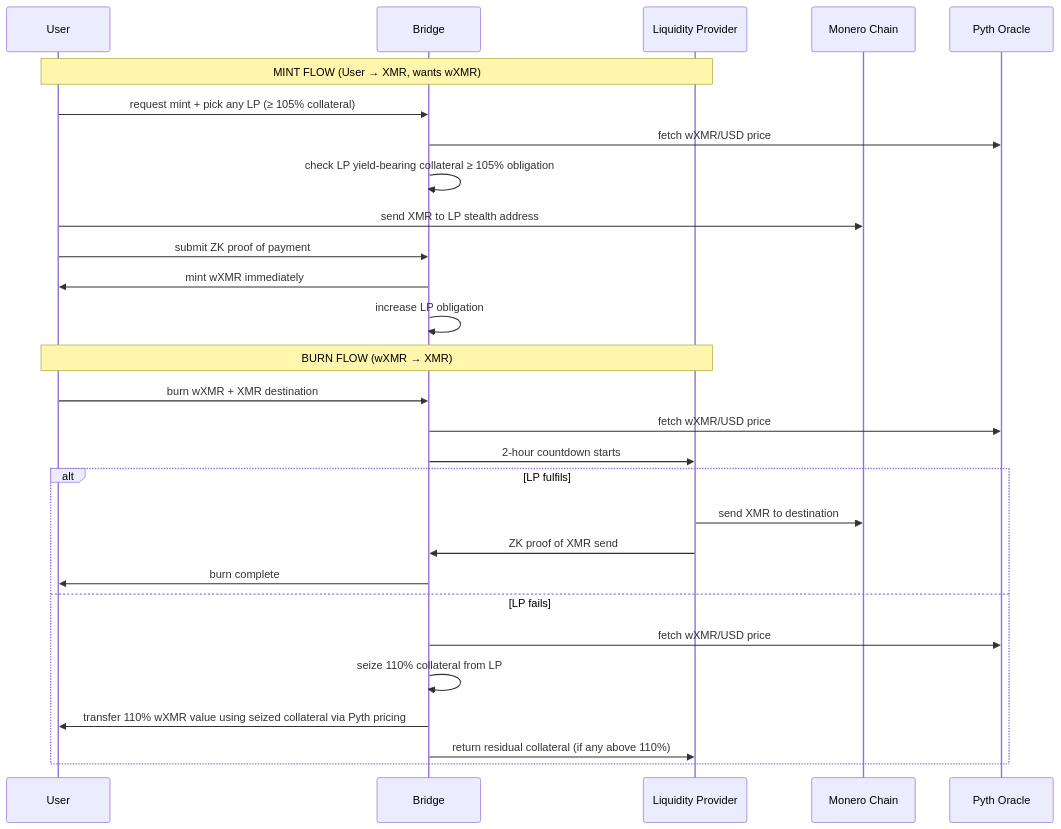
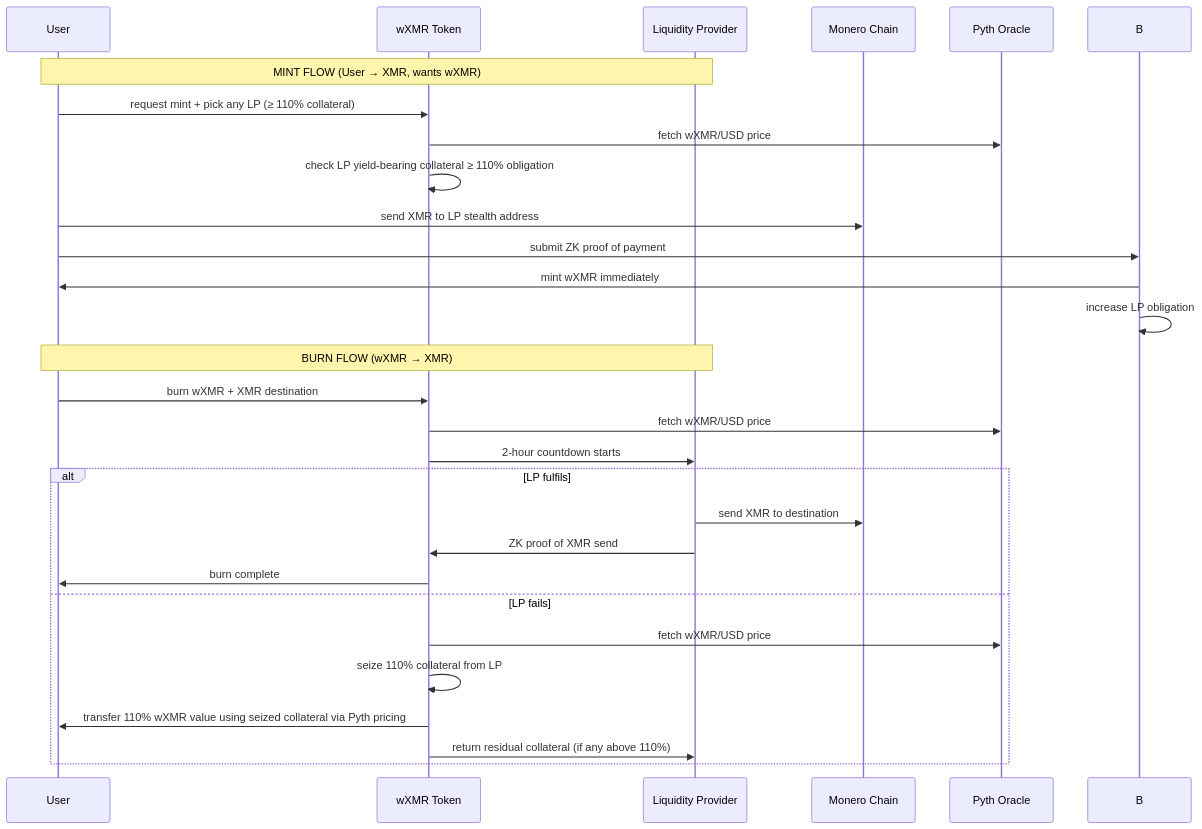
The diagram in SYNTHWRAP.md (madschristensen99/fungerbil), drawn with Mermaid before and after one commit. The commit also changed other lines of this file, not shown here.

Commit message:
Update v1 launch sequence and governance model
- Launch sequence now starts with zero wXMR supply
- Deployer sets yield-bearing asset whitelist (USX, native tokens)
- Replaced 'Bridge' terminology with 'wXMR Token' throughout
- Updated governance to only vote on reward percentages and Monero node addresses
- Any LP can become LP by posting 110% collateral in whitelisted assets
- Position takeover mechanism for undercollateralized positions

🤖 Generated with Claude Code

````diff
--- a/SYNTHWRAP.md
+++ b/SYNTHWRAP.md
@@ -62,32 +61,32 @@
 ```mermaid
 sequenceDiagram
   participant U as User
-  participant B as Bridge
-  participant L as Liquidity Provider
+  participant W as wXMR Token
+  participant L as Liquidity Provider  
   participant X as Monero Chain
   participant P as Pyth Oracle
 
   Note over U,L: MINT FLOW (User → XMR, wants wXMR)
-  U->>B: request mint + pick any LP (≥ 105% collateral)
-  B->>P: fetch wXMR/USD price
-  B->>B: check LP yield-bearing collateral ≥ 105% obligation
+  U->>W: request mint + pick any LP (≥ 110% collateral)
+  W->>P: fetch wXMR/USD price  
+  W->>W: check LP yield-bearing collateral ≥ 110% obligation
   U->>X: send XMR to LP stealth address
   U->>B: submit ZK proof of payment
   B->>U: mint wXMR immediately
   B->>B: increase LP obligation
 
   Note over U,L: BURN FLOW (wXMR → XMR)
-  U->>B: burn wXMR + XMR destination
-  B->>P: fetch wXMR/USD price
-  B->>L: 2-hour countdown starts
+  U->>W: burn wXMR + XMR destination
+  W->>P: fetch wXMR/USD price
+  W->>L: 2-hour countdown starts
   alt LP fulfils
     L->>X: send XMR to destination
-    L->>B: ZK proof of XMR send
-    B->>U: burn complete
+    L->>W: ZK proof of XMR send
+    W->>U: burn complete
   else LP fails
-    B->>P: fetch wXMR/USD price
-    B->>B: seize 110% collateral from LP
-    B->>U: transfer 110% wXMR value using seized collateral via Pyth pricing
-    B->>L: return residual collateral (if any above 110%)
+    W->>P: fetch wXMR/USD price
+    W->>W: seize 110% collateral from LP
+    W->>U: transfer 110% wXMR value using seized collateral via Pyth pricing
+    W->>L: return residual collateral (if any above 110%)
   end
 ```
````
